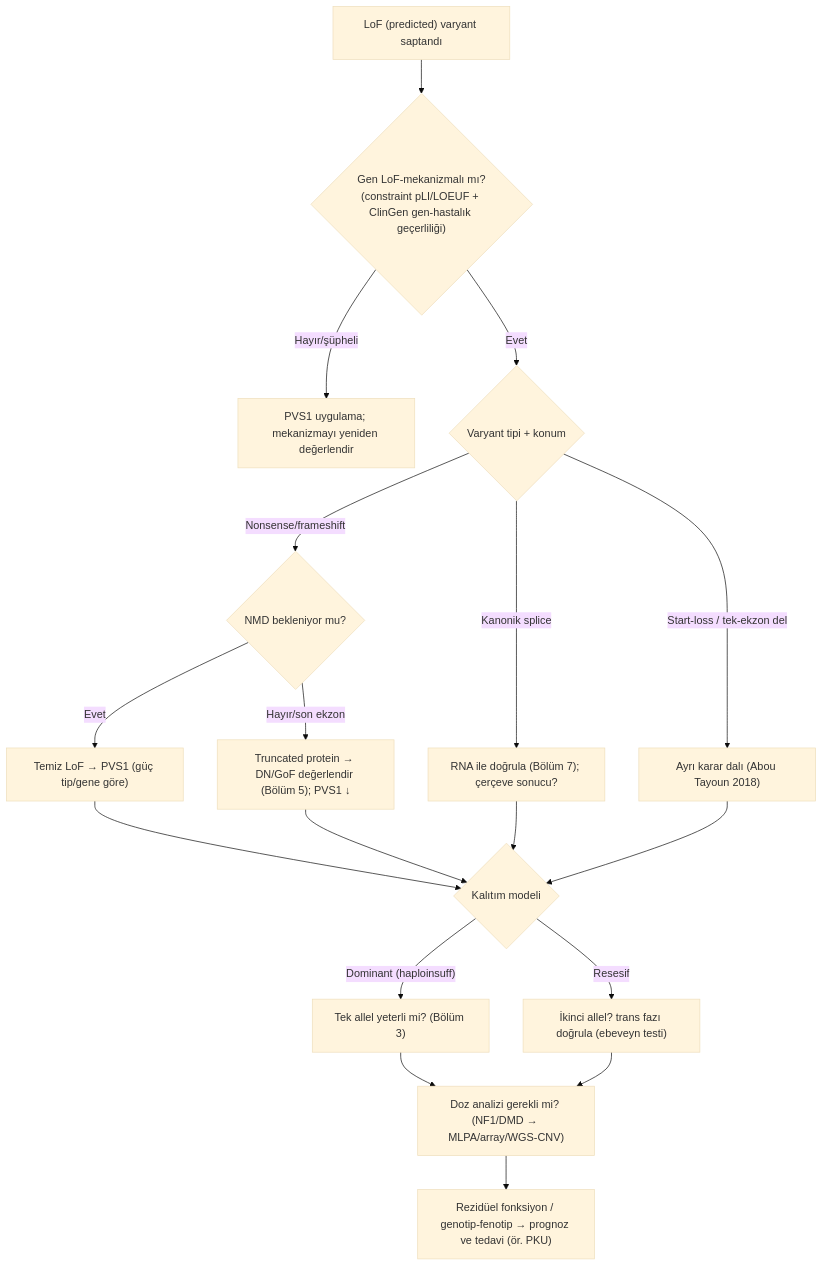
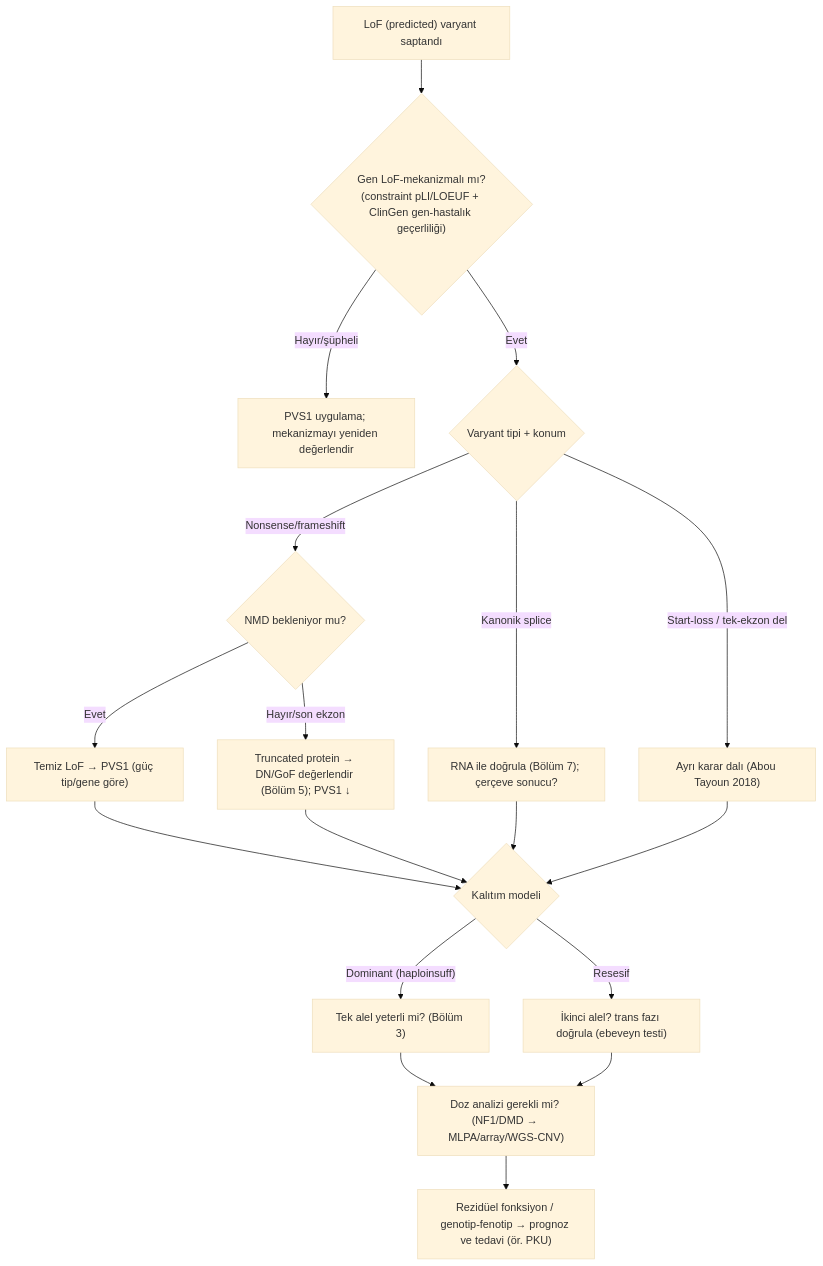
Before and after one commit to MDKalenderoglu/Mekanizma_Kitab-: the third of 3 diagrams in Bölüm_02_Loss_of_Function.md, drawn with Mermaid (base theme). The commit also changed other lines of this file and 21 other files, not shown here.

````diff
--- a/Bölüm_02_Loss_of_Function.md
+++ b/Bölüm_02_Loss_of_Function.md
@@ -253,20 +261,20 @@
 ```mermaid
 flowchart TD
   A["LoF (predicted) varyant saptandı"] --> B{"Gen LoF-mekanizmalı mı?<br/>(constraint pLI/LOEUF + ClinGen gen-hastalık geçerliliği)"}
   B -->|"Hayır/şüpheli"| BX["PVS1 uygulama; mekanizmayı yeniden değerlendir"]
   B -->|"Evet"| C{"Varyant tipi + konum"}
   C -->|"Nonsense/frameshift"| N{"NMD bekleniyor mu?"}
   N -->|"Evet"| N1["Temiz LoF → PVS1 (güç tip/gene göre)"]
   N -->|"Hayır/son ekzon"| N2["Truncated protein → DN/GoF değerlendir (Bölüm 5); PVS1 ↓"]
   C -->|"Kanonik splice"| S["RNA ile doğrula (Bölüm 7); çerçeve sonucu?"]
   C -->|"Start-loss / tek-ekzon del"| SL["Ayrı karar dalı (Abou Tayoun 2018)"]
   N1 --> K{"Kalıtım modeli"}
   N2 --> K
   S --> K
   SL --> K
-  K -->|"Dominant (haploinsuff)"| K1["Tek allel yeterli mi? (Bölüm 3)"]
-  K -->|"Resesif"| K2["İkinci allel? trans fazı doğrula (ebeveyn testi)"]
+  K -->|"Dominant (haploinsuff)"| K1["Tek alel yeterli mi? (Bölüm 3)"]
+  K -->|"Resesif"| K2["İkinci alel? trans fazı doğrula (ebeveyn testi)"]
   K1 --> Z["Doz analizi gerekli mi? (NF1/DMD → MLPA/array/WGS-CNV)"]
   K2 --> Z
   Z --> R["Rezidüel fonksiyon / genotip-fenotip → prognoz ve tedavi (ör. PKU)"]
 ```
````
